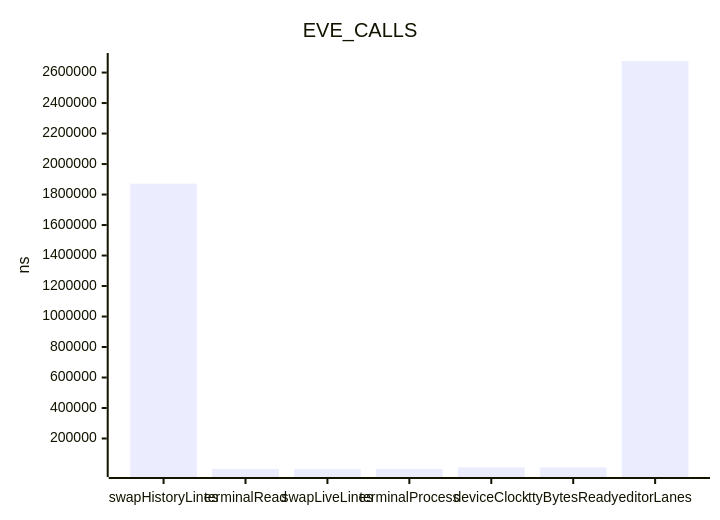
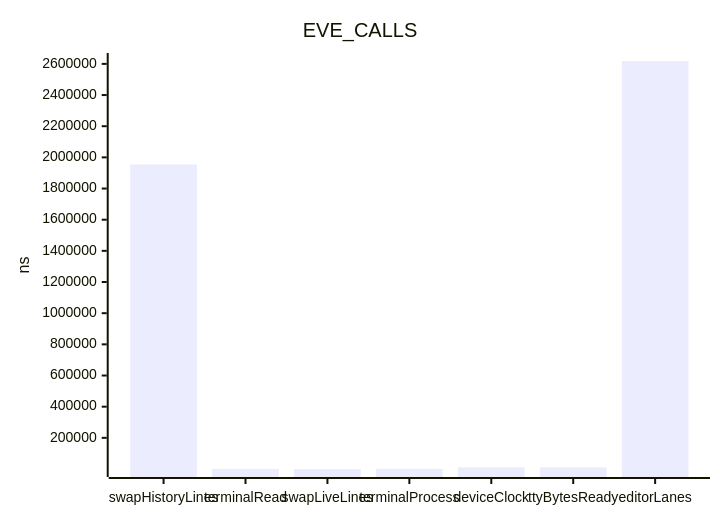
Before and after one commit to jrengmusic/eve: the third of 10 diagrams in benchmark/live-report.md, drawn with Mermaid. The commit also changed other lines of this file and 6 other files, not shown here.

````diff
--- a/benchmark/live-report.md
+++ b/benchmark/live-report.md
@@ -1687,7 +1681,7 @@
 ```mermaid
 xychart-beta
 title "EVE_CALLS"
 x-axis ["swapHistoryLines", "terminalRead", "swapLiveLines", "terminalProcess", "deviceClock", "ttyBytesReady", "editorLanes"]
 y-axis "ns"
-bar [1871725.57823036354966462, 414.52419460988511446, 1.00542990111280273, 667.58720777827113579, 10797.70809357159669162, 10797.70809357159669162, 2675843.85244755027815700]
+bar [1954593.94924475997686386, 414.52419460988511446, 1.00542990111280273, 667.58720777827113579, 10681.39532445233817270, 10797.70809357159669162, 2618506.03651429526507854]
 ```
````
